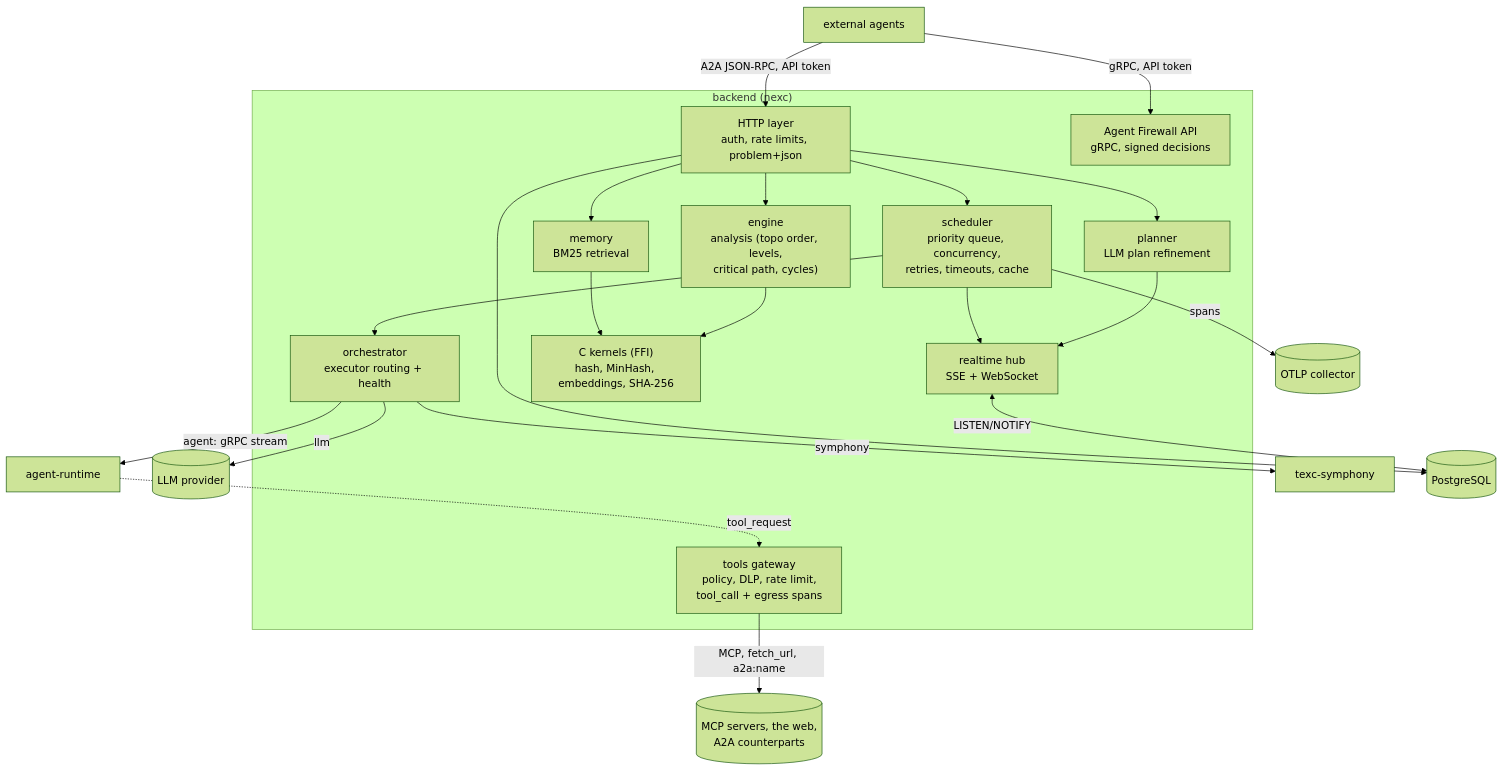
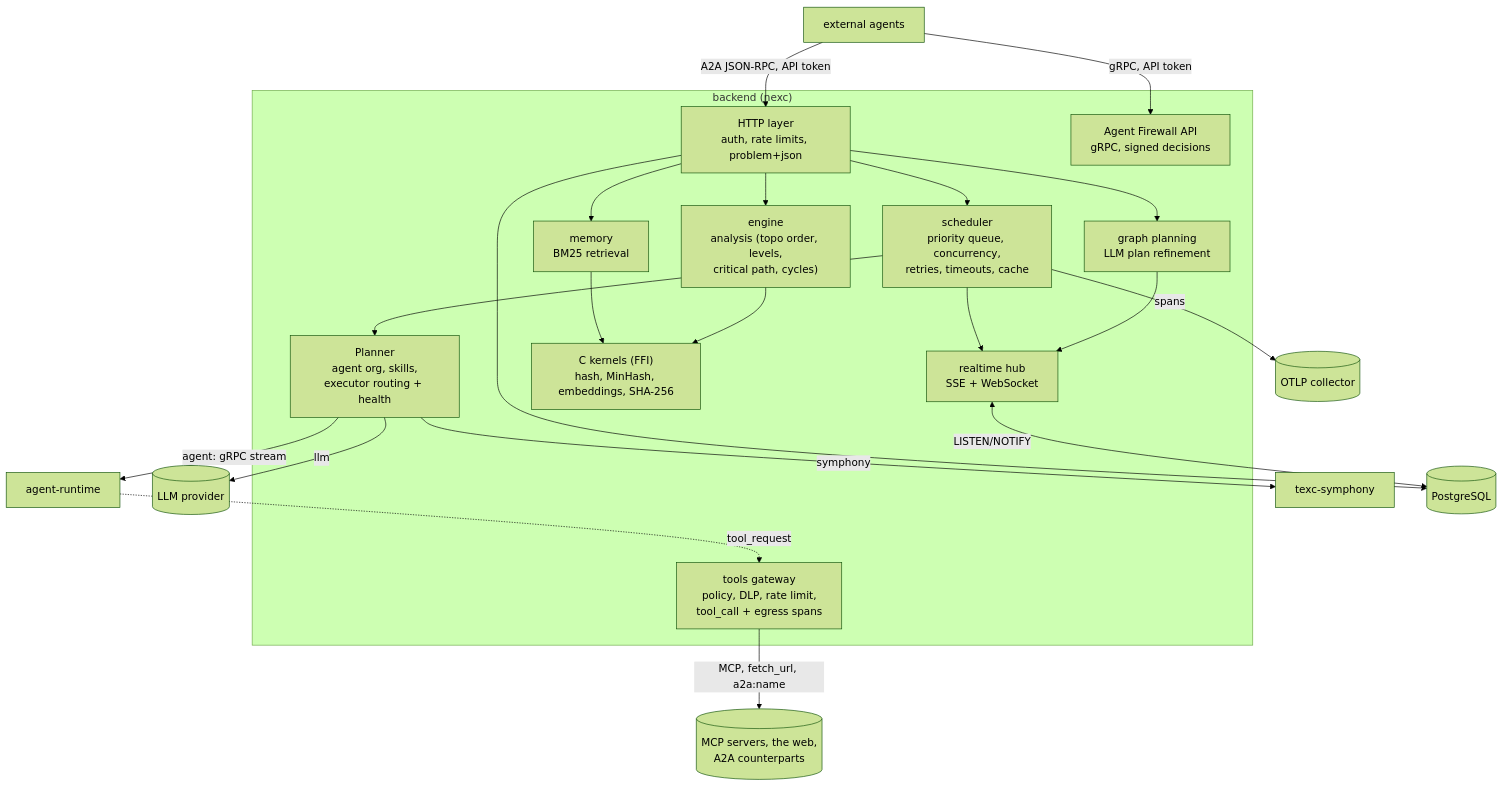
The first of 4 diagrams in docs/ARCHITECTURE.md (f8fvwgzc/nexc-engine), drawn with Mermaid (forest theme) before and after one commit. The commit also changed other lines of this file and 306 other files, not shown here.

````diff
--- a/docs/ARCHITECTURE.md
+++ b/docs/ARCHITECTURE.md
@@ -20,31 +20,31 @@
 ```mermaid
 flowchart TB
     subgraph backend["backend (nexc)"]
         http["HTTP layer<br/>auth, rate limits, problem+json"]
         realtime["realtime hub<br/>SSE + WebSocket"]
-        planner["planner<br/>LLM plan refinement"]
+        planner["graph planning<br/>LLM plan refinement"]
         engine["engine<br/>analysis (topo order, levels,<br/>critical path, cycles)"]
         scheduler["scheduler<br/>priority queue, concurrency,<br/>retries, timeouts, cache"]
-        orchestrator["orchestrator<br/>executor routing + health"]
+        router["Planner<br/>agent org, skills,<br/>executor routing + health"]
         memory["memory<br/>BM25 retrieval"]
         kernels["C kernels (FFI)<br/>hash, MinHash, embeddings, SHA-256"]
         gateway["tools gateway<br/>policy, DLP, rate limit,<br/>tool_call + egress spans"]
         firewall["Agent Firewall API<br/>gRPC, signed decisions"]
     end
     http --> planner & engine & scheduler & memory
-    scheduler --> orchestrator
+    scheduler --> router
     engine --> kernels
     memory --> kernels
     planner --> realtime
     scheduler --> realtime
-    orchestrator -->|llm| provider[(LLM provider)]
-    orchestrator -->|agent: gRPC stream| runtime[agent-runtime]
+    router -->|llm| provider[(LLM provider)]
+    router -->|agent: gRPC stream| runtime[agent-runtime]
     runtime -.->|tool_request| gateway
     gateway -->|MCP, fetch_url, a2a:name| mcp[(MCP servers, the web,<br/>A2A counterparts)]
     external[external agents] -->|gRPC, API token| firewall
     external -->|A2A JSON-RPC, API token| http
     scheduler -->|spans| otlp[(OTLP collector)]
-    orchestrator -->|symphony| symphony[texc-symphony]
+    router -->|symphony| symphony[texc-symphony]
     realtime <-->|LISTEN/NOTIFY| pg[(PostgreSQL)]
     http --> pg
 ```
````
